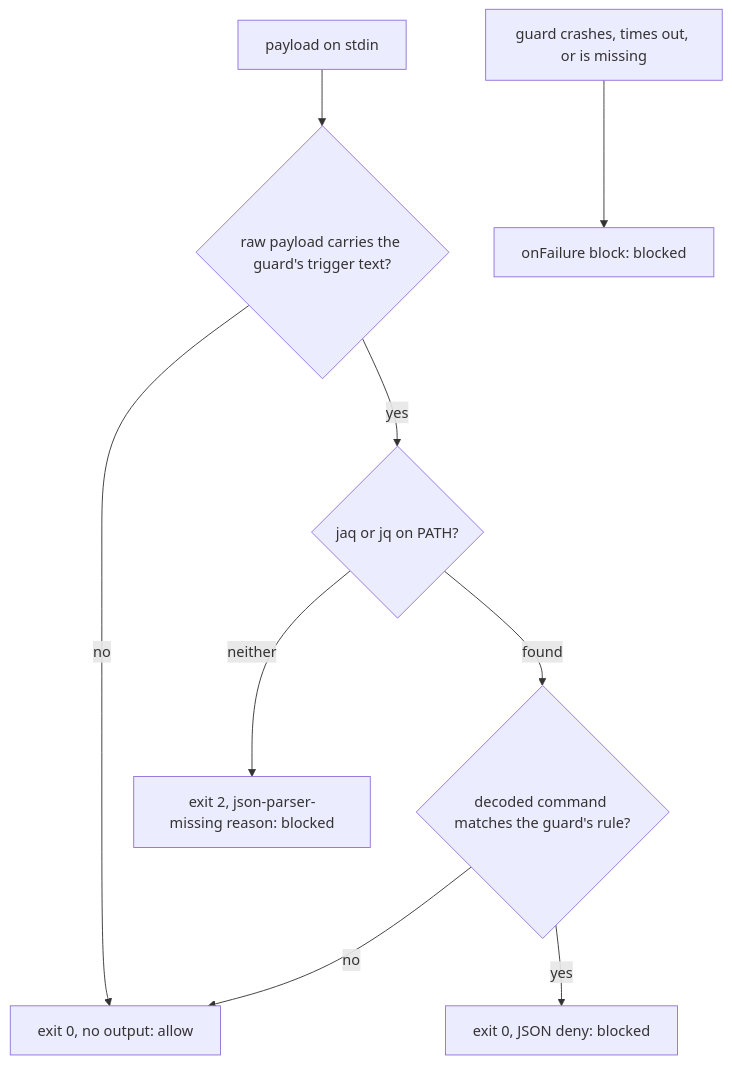
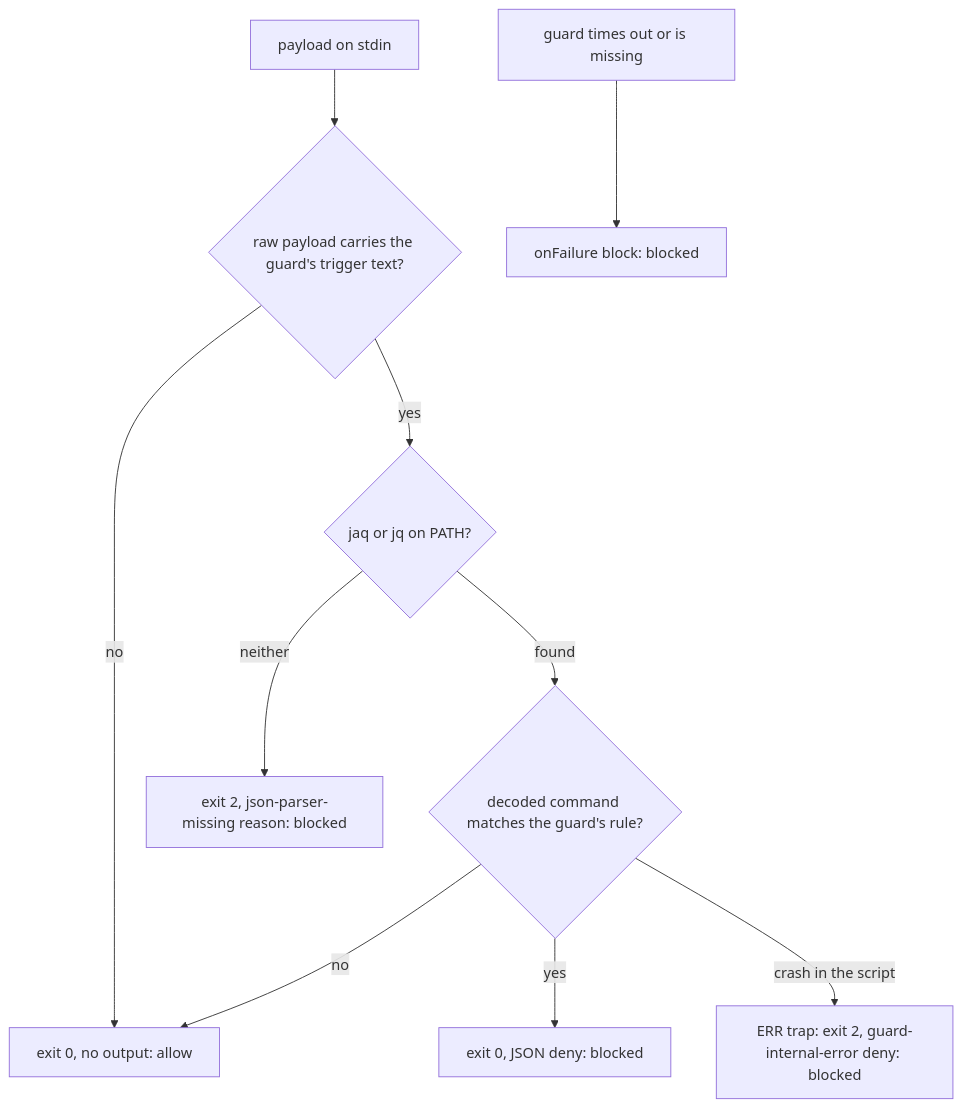
Before and after one commit to brettdavies/dotfiles: the diagram in docs/plans/2026-10-30-1753-fix-fail-closed-claude-guards-plan.md, drawn with Mermaid. The commit also changed other lines of this file, not shown here.

````diff
--- a/docs/plans/2026-10-30-1753-fix-fail-closed-claude-guards-plan.md
+++ b/docs/plans/2026-10-30-1753-fix-fail-closed-claude-guards-plan.md
@@ -204,11 +215,12 @@
 ```mermaid
 flowchart TD
   A[payload on stdin] --> B{raw payload carries the guard's trigger text?}
   B -- no --> P[exit 0, no output: allow]
   B -- yes --> C{jaq or jq on PATH?}
   C -- neither --> X[exit 2, json-parser-missing reason: blocked]
   C -- found --> D{decoded command matches the guard's rule?}
   D -- no --> P
   D -- yes --> E[exit 0, JSON deny: blocked]
-  F[guard crashes, times out, or is missing] --> G[onFailure block: blocked]
+  D -- crash in the script --> T[ERR trap: exit 2, guard-internal-error deny: blocked]
+  F[guard times out or is missing] --> G[onFailure block: blocked]
 ```
````
